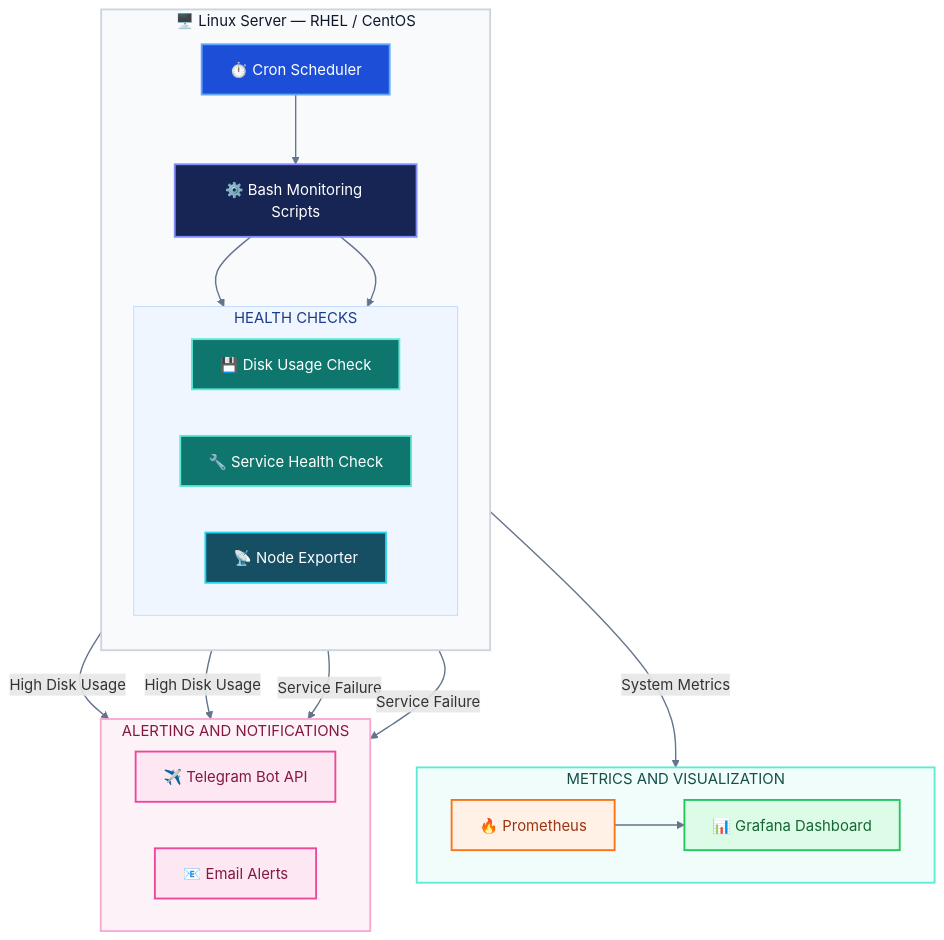
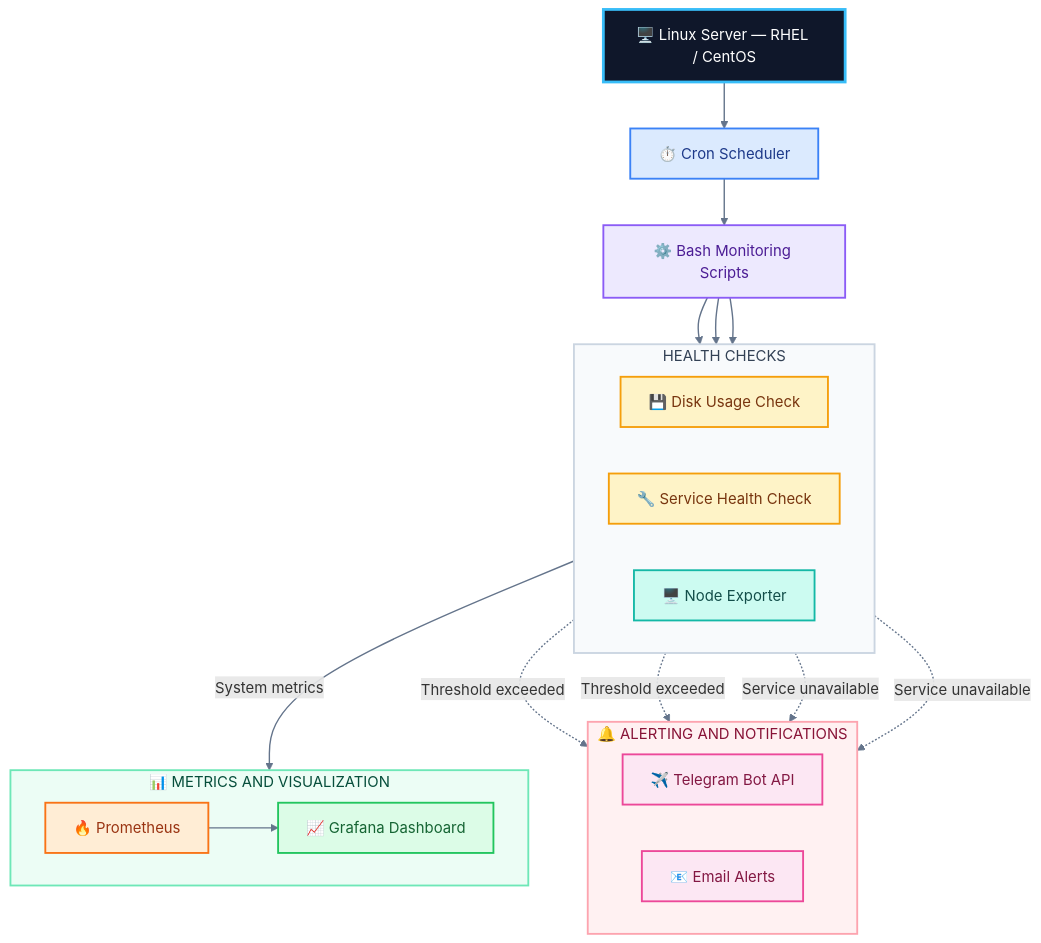
The diagram in README.md (SAI-GODGE/Self-Healing-Linux-Server-Monitoring-Alerting-System), drawn with Mermaid before and after one commit.

````diff
--- a/README.md
+++ b/README.md
@@ -61,64 +61,64 @@
 ```mermaid
 flowchart TB
+    SERVER["🖥️ Linux Server — RHEL / CentOS"]
 
-    subgraph SERVER["🖥️ Linux Server — RHEL / CentOS"]
-        direction TB
+    CRON["⏱️ Cron Scheduler"]
+    BASH["⚙️ Bash Monitoring Scripts"]
 
-        CRON["⏱️ Cron Scheduler"]
-        BASH["⚙️ Bash Monitoring Scripts"]
-
-        subgraph CHECKS["HEALTH CHECKS"]
-            direction LR
-            DISK["💾 Disk Usage Check"]
-            SERVICE["🔧 Service Health Check"]
-            NODE["📡 Node Exporter"]
-        end
-
-        CRON --> BASH
-        BASH --> DISK
-        BASH --> SERVICE
+    subgraph CHECKS["HEALTH CHECKS"]
+        direction LR
+        DISK["💾 Disk Usage Check"]
+        SERVICE["🔧 Service Health Check"]
+        NODE["🖥️ Node Exporter"]
     end
 
-    subgraph OBSERVABILITY["METRICS AND VISUALIZATION"]
-        direction LR
-        PROM["🔥 Prometheus"]
-        GRAFANA["📊 Grafana Dashboard"]
-        PROM --> GRAFANA
-    end
+    SERVER --> CRON
+    CRON --> BASH
+    BASH --> DISK
+    BASH --> SERVICE
+    BASH --> NODE
 
-    subgraph ALERTS["ALERTING AND NOTIFICATIONS"]
+    subgraph ALERTS["🔔 ALERTING AND NOTIFICATIONS"]
         direction LR
         TELEGRAM["✈️ Telegram Bot API"]
         EMAIL["📧 Email Alerts"]
     end
 
-    NODE -->|"System Metrics"| PROM
+    subgraph METRICS["📊 METRICS AND VISUALIZATION"]
+        direction LR
+        PROM["🔥 Prometheus"]
+        GRAFANA["📈 Grafana Dashboard"]
+        PROM --> GRAFANA
+    end
 
-    DISK -->|"High Disk Usage"| TELEGRAM
-    DISK -->|"High Disk Usage"| EMAIL
-    SERVICE -->|"Service Failure"| TELEGRAM
-    SERVICE -->|"Service Failure"| EMAIL
+    DISK -.->|"Threshold exceeded"| TELEGRAM
+    DISK -.->|"Threshold exceeded"| EMAIL
+    SERVICE -.->|"Service unavailable"| TELEGRAM
+    SERVICE -.->|"Service unavailable"| EMAIL
 
-    classDef scheduler fill:#1D4ED8,stroke:#60A5FA,color:#FFFFFF,stroke-width:2px
-    classDef engine fill:#172554,stroke:#818CF8,color:#FFFFFF,stroke-width:2px
-    classDef checks fill:#0F766E,stroke:#5EEAD4,color:#FFFFFF,stroke-width:2px
-    classDef exporter fill:#164E63,stroke:#22D3EE,color:#FFFFFF,stroke-width:2px
-    classDef prometheus fill:#FFF1E6,stroke:#F97316,color:#9A3412,stroke-width:2px
+    NODE -->|"System metrics"| PROM
+
+    classDef server fill:#0F172A,stroke:#38BDF8,color:#FFFFFF,stroke-width:3px
+    classDef scheduler fill:#DBEAFE,stroke:#3B82F6,color:#1E3A8A,stroke-width:2px
+    classDef scripts fill:#EDE9FE,stroke:#8B5CF6,color:#4C1D95,stroke-width:2px
+    classDef checks fill:#FEF3C7,stroke:#F59E0B,color:#78350F,stroke-width:2px
+    classDef exporter fill:#CCFBF1,stroke:#14B8A6,color:#134E4A,stroke-width:2px
+    classDef alerts fill:#FCE7F3,stroke:#EC4899,color:#831843,stroke-width:2px
+    classDef prometheus fill:#FFEDD5,stroke:#F97316,color:#9A3412,stroke-width:2px
     classDef grafana fill:#DCFCE7,stroke:#22C55E,color:#166534,stroke-width:2px
-    classDef alerts fill:#FCE7F3,stroke:#EC4899,color:#831843,stroke-width:2px
 
+    class SERVER server
     class CRON scheduler
-    class BASH engine
+    class BASH scripts
     class DISK,SERVICE checks
     class NODE exporter
+    class TELEGRAM,EMAIL alerts
     class PROM prometheus
     class GRAFANA grafana
-    class TELEGRAM,EMAIL alerts
 
-    style SERVER fill:#F8FAFC,stroke:#CBD5E1,color:#0F172A,stroke-width:2px
-    style CHECKS fill:#EFF6FF,stroke:#BFDBFE,color:#1E3A8A,stroke-width:1px
-    style OBSERVABILITY fill:#F0FDFA,stroke:#5EEAD4,color:#134E4A,stroke-width:2px
-    style ALERTS fill:#FDF2F8,stroke:#F9A8D4,color:#831843,stroke-width:2px
+    style CHECKS fill:#F8FAFC,stroke:#CBD5E1,color:#334155,stroke-width:2px
+    style ALERTS fill:#FFF1F2,stroke:#FDA4AF,color:#881337,stroke-width:2px
+    style METRICS fill:#ECFDF5,stroke:#6EE7B7,color:#064E3B,stroke-width:2px
 
     linkStyle default stroke:#64748B,stroke-width:1.5px
 ```
````
